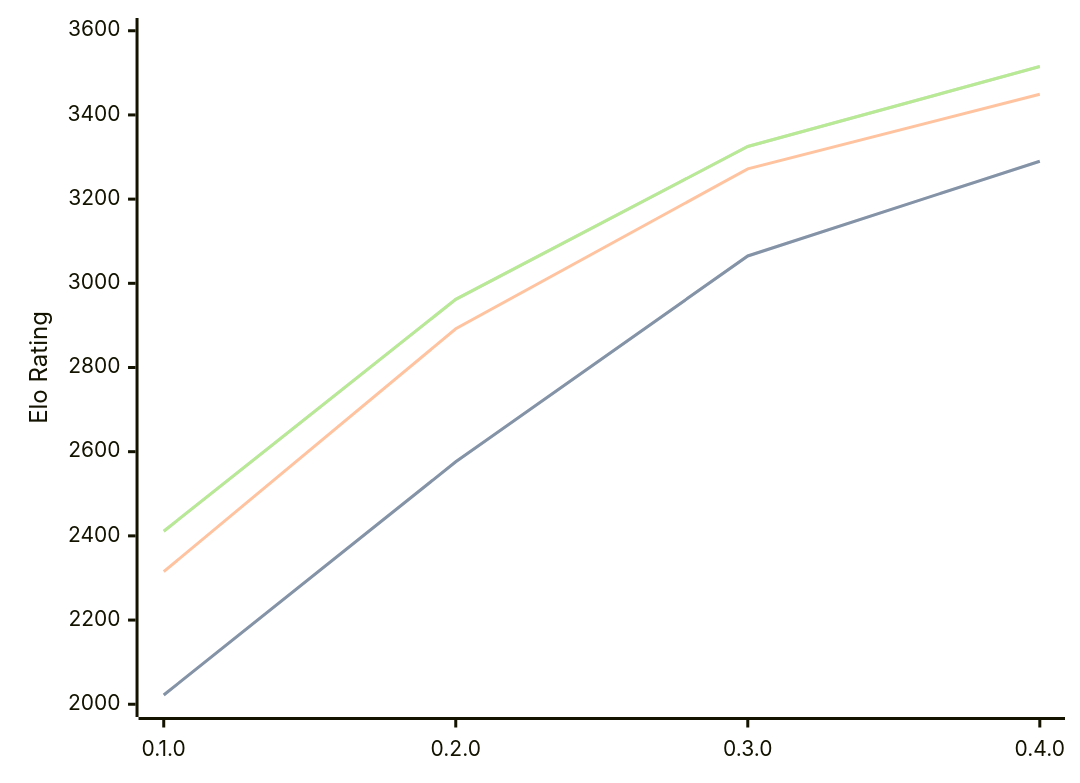
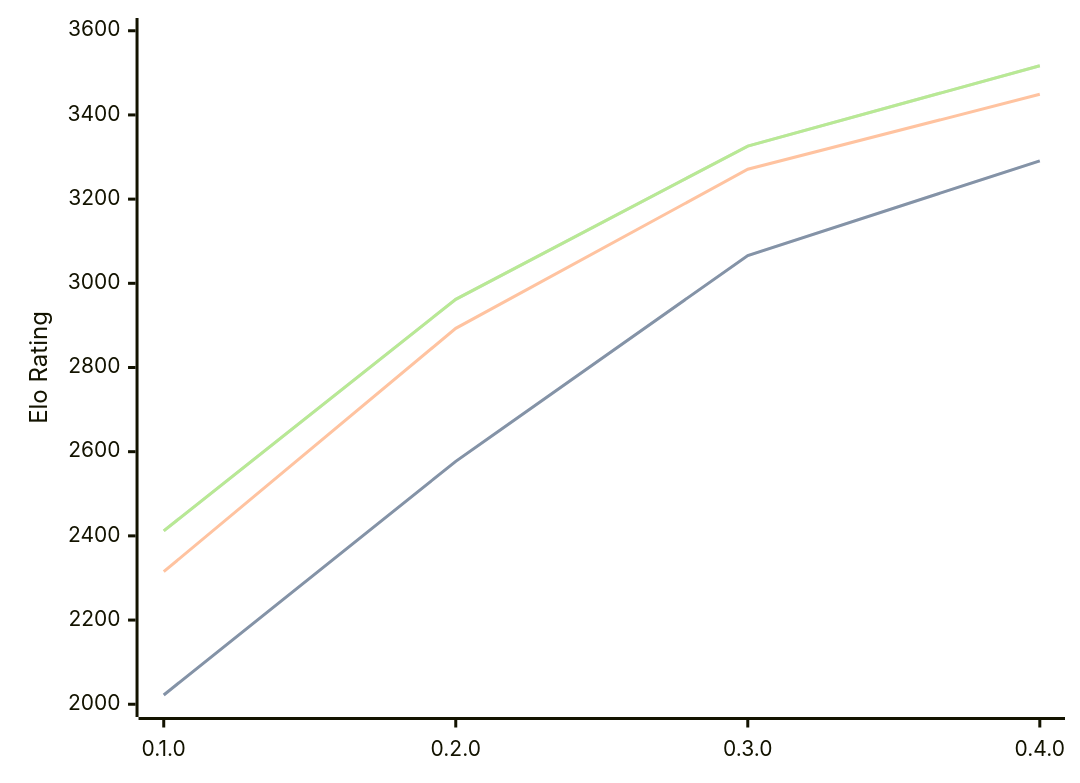
Before and after one commit to computer-chess-index/cci: the diagram in engines/Justbot.md, drawn with Mermaid. The commit also changed other lines of this file, not shown here.

Commit message:
Update CCI Ratings (ELO VLTC) - 2026-09-14

````diff
--- a/engines/Justbot.md
+++ b/engines/Justbot.md
@@ -34,11 +34,11 @@
 ```mermaid
 %%{init: {"theme":"base","themeVariables":{"seriesColors:['#a3a3a3','#222221','#faa371']}}}%%
 xychart-beta
   x-axis ["0.1.0", "0.2.0", "0.3.0", "0.4.0"]
   y-axis "Elo Rating" 2000 --> 3600
-  line "" [2022, 2576, 3065, 3290]
-  line "STC (8.0+0.08s)" [2022, 2576, 3065, 3290]
-  line "LTC (60.0+0.60s)" [2315, 2892, 3272, 3449]
-  line "" [2411, 2962, 3325, 3515]
-  line "VLTC (2m24s+1.12s)" [2411, 2962, 3325, 3515]
+  line "" [2022, 2577, 3066, 3291]
+  line "STC (8.0+0.08s)" [2022, 2577, 3066, 3291]
+  line "LTC (60.0+0.60s)" [2315, 2893, 3271, 3449]
+  line "" [2412, 2962, 3326, 3517]
+  line "VLTC (2m24s+1.12s)" [2412, 2962, 3326, 3517]
 ```
````
